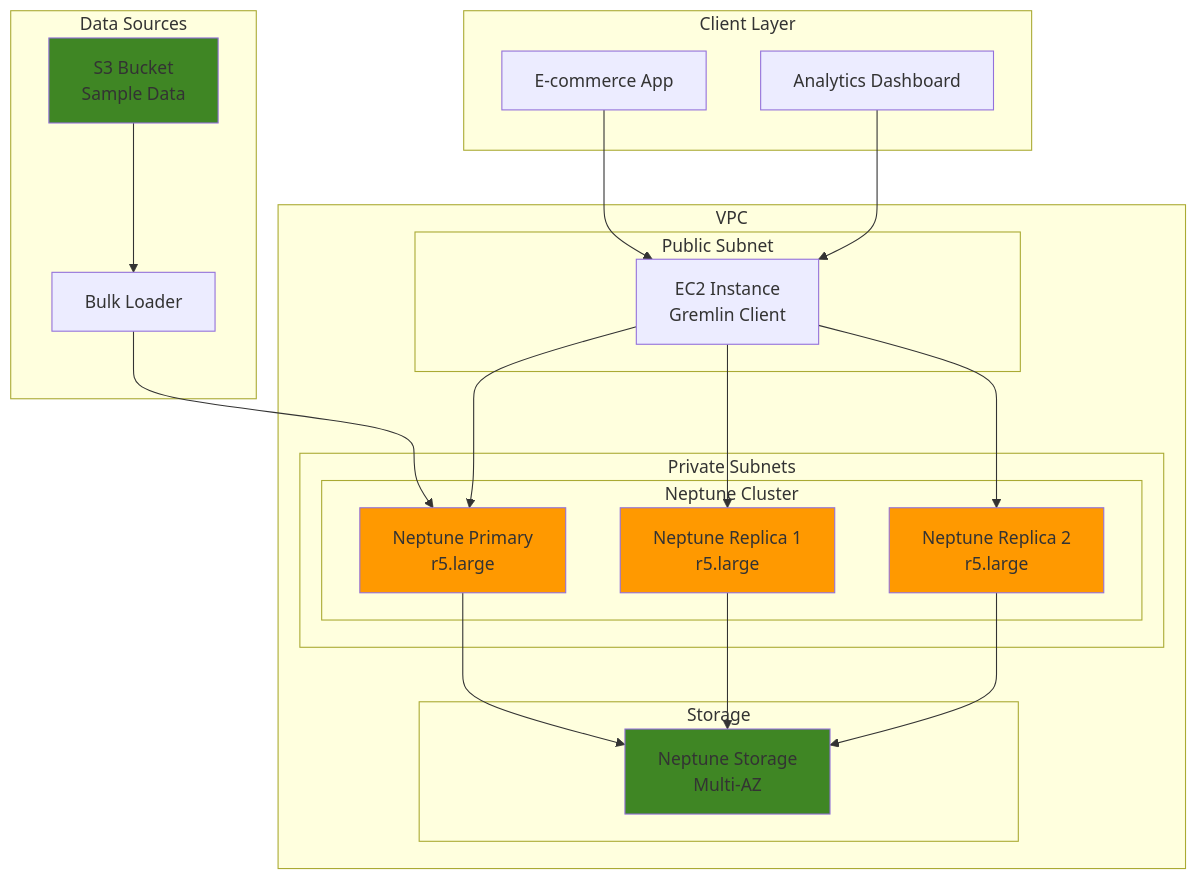
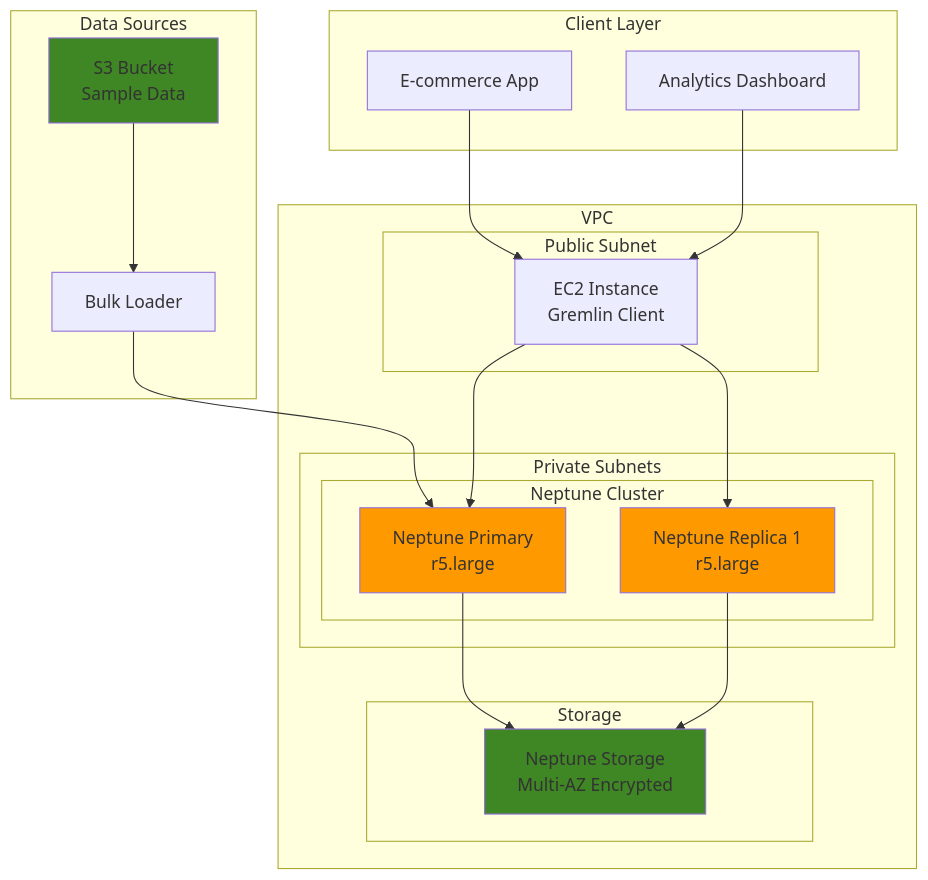
One commit to mzazon/awesome-cloud-projects changed the diagram in aws/graph-based-recommendation-system/graph-based-recommendation-system.md. Above: the diagram before and after it, drawn with Mermaid. The commit also changed other lines of this file and 5581 other files, not shown here.

````diff
--- a/aws/graph-based-recommendation-system/graph-based-recommendation-system.md
+++ b/aws/graph-based-recommendation-system/graph-based-recommendation-system.md
@@ -30,47 +30,43 @@
 ```mermaid
 graph TB
     subgraph "Client Layer"
         APP[E-commerce App]
         DASH[Analytics Dashboard]
     end
     
     subgraph "VPC"
         subgraph "Public Subnet"
             EC2[EC2 Instance<br/>Gremlin Client]
         end
         
         subgraph "Private Subnets"
             subgraph "Neptune Cluster"
                 PRIMARY[Neptune Primary<br/>r5.large]
                 REPLICA1[Neptune Replica 1<br/>r5.large]
-                REPLICA2[Neptune Replica 2<br/>r5.large]
             end
         end
         
         subgraph "Storage"
-            STORAGE[Neptune Storage<br/>Multi-AZ]
+            STORAGE[Neptune Storage<br/>Multi-AZ Encrypted]
         end
     end
     
     subgraph "Data Sources"
         S3[S3 Bucket<br/>Sample Data]
         BULK[Bulk Loader]
     end
     
     APP-->EC2
     DASH-->EC2
     EC2-->PRIMARY
     EC2-->REPLICA1
-    EC2-->REPLICA2
     PRIMARY-->STORAGE
     REPLICA1-->STORAGE
-    REPLICA2-->STORAGE
     S3-->BULK
     BULK-->PRIMARY
     
     style PRIMARY fill:#FF9900
     style REPLICA1 fill:#FF9900
-    style REPLICA2 fill:#FF9900
     style STORAGE fill:#3F8624
     style S3 fill:#3F8624
 ```
````
